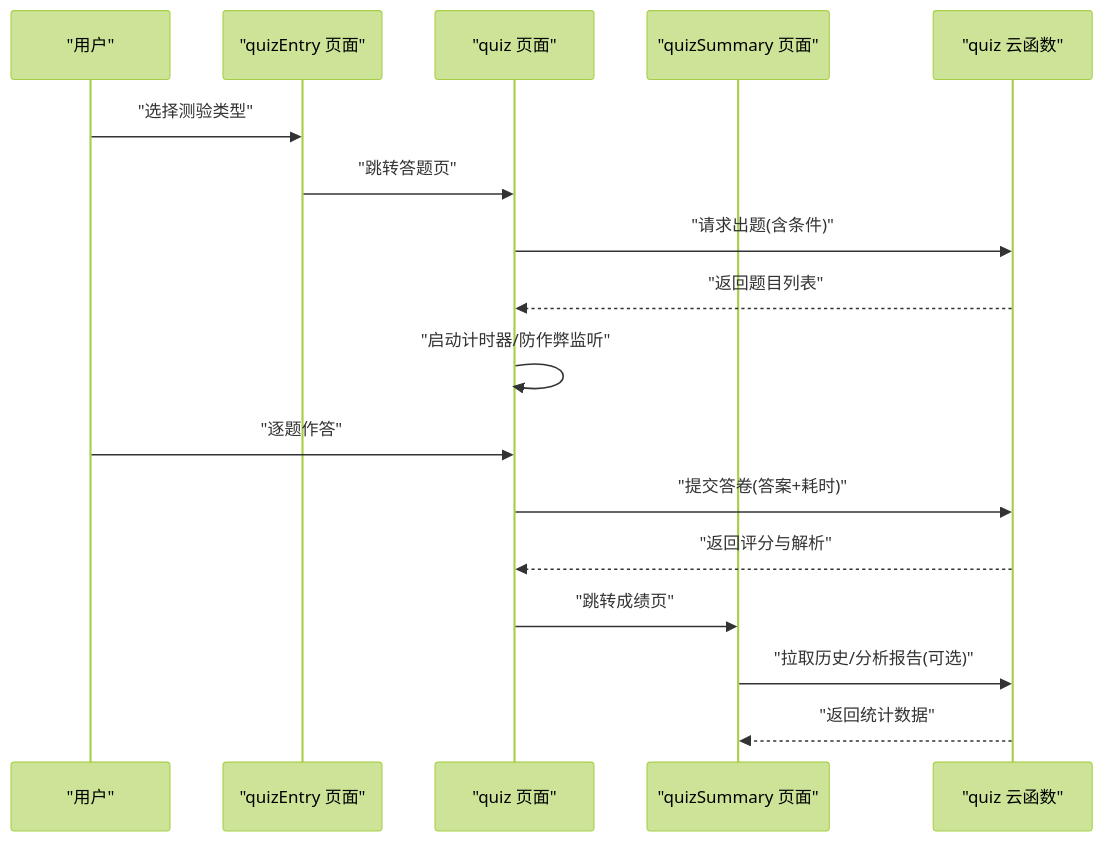
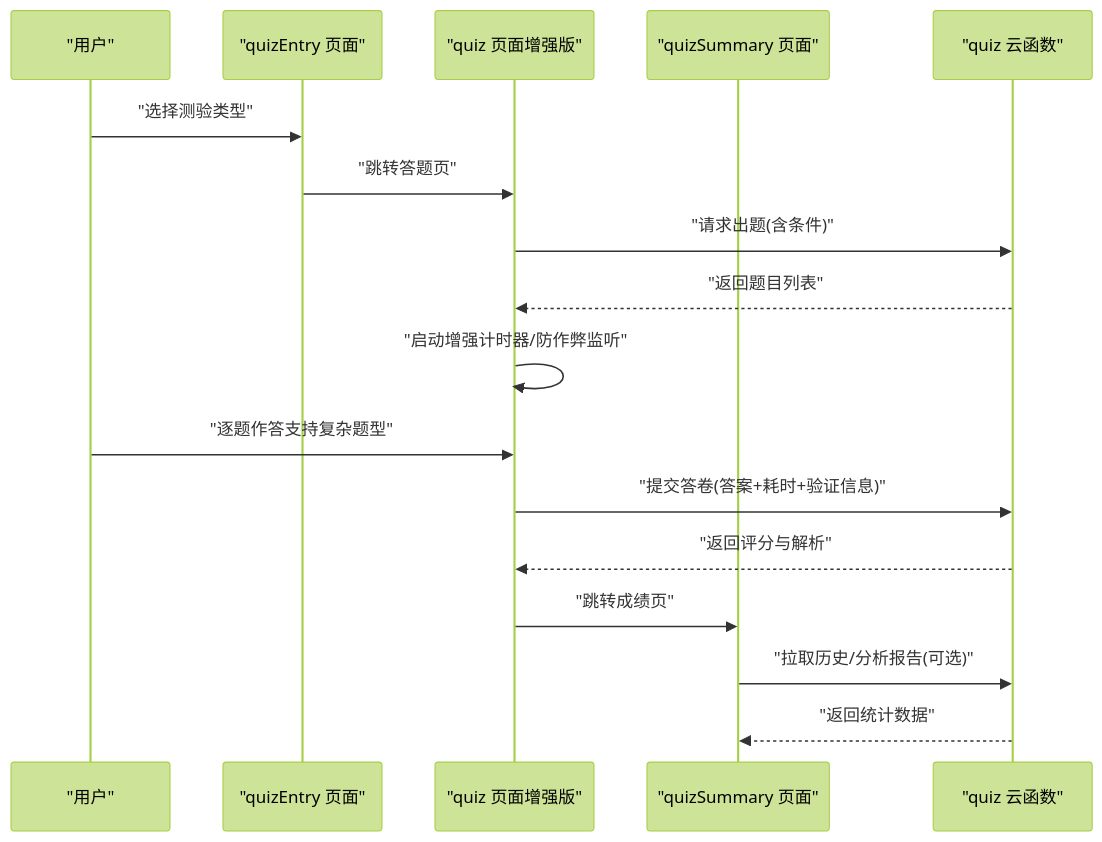
One commit to cwb7756/bio changed the second of 13 diagrams in .qoder/repowiki/zh/content/核心功能模块/测验系统/测验系统.md. Above: the diagram before and after it, drawn with Mermaid (forest theme). The commit also changed other lines of this file and 45 other files, not shown here.

````diff
--- a/.qoder/repowiki/zh/content/核心功能模块/测验系统/测验系统.md
+++ b/.qoder/repowiki/zh/content/核心功能模块/测验系统/测验系统.md
@@ -114,19 +118,19 @@
 ```mermaid
 sequenceDiagram
 participant U as "用户"
 participant QE as "quizEntry 页面"
-participant P as "quiz 页面"
+participant P as "quiz 页面增强版"
 participant S as "quizSummary 页面"
 participant C as "quiz 云函数"
 U->>QE : "选择测验类型"
 QE->>P : "跳转答题页"
 P->>C : "请求出题(含条件)"
 C-->>P : "返回题目列表"
-P->>P : "启动计时器/防作弊监听"
-U->>P : "逐题作答"
-P->>C : "提交答卷(答案+耗时)"
+P->>P : "启动增强计时器/防作弊监听"
+U->>P : "逐题作答支持复杂题型"
+P->>C : "提交答卷(答案+耗时+验证信息)"
 C-->>P : "返回评分与解析"
 P->>S : "跳转成绩页"
 S->>C : "拉取历史/分析报告(可选)"
 C-->>S : "返回统计数据"
 ```
````
